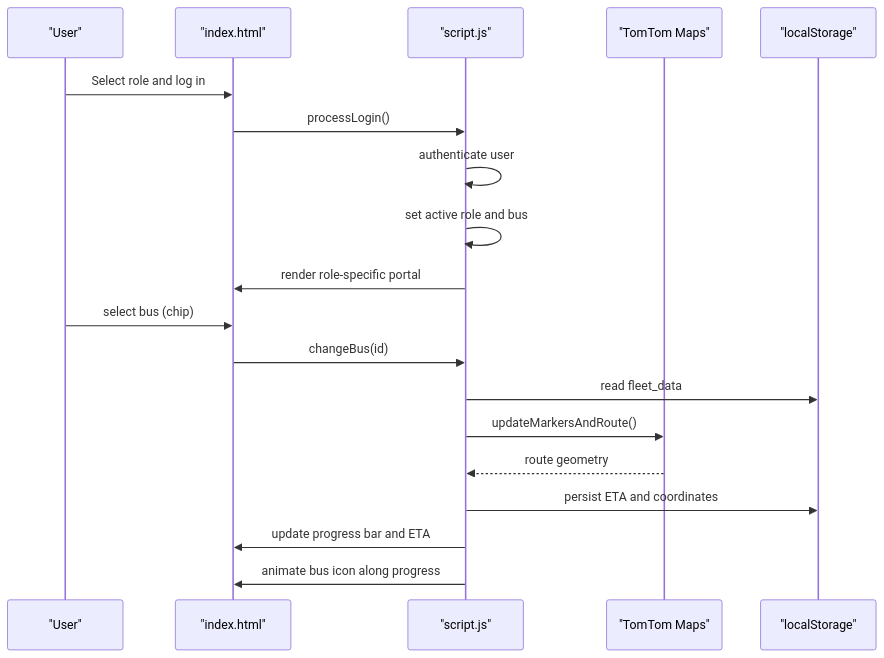
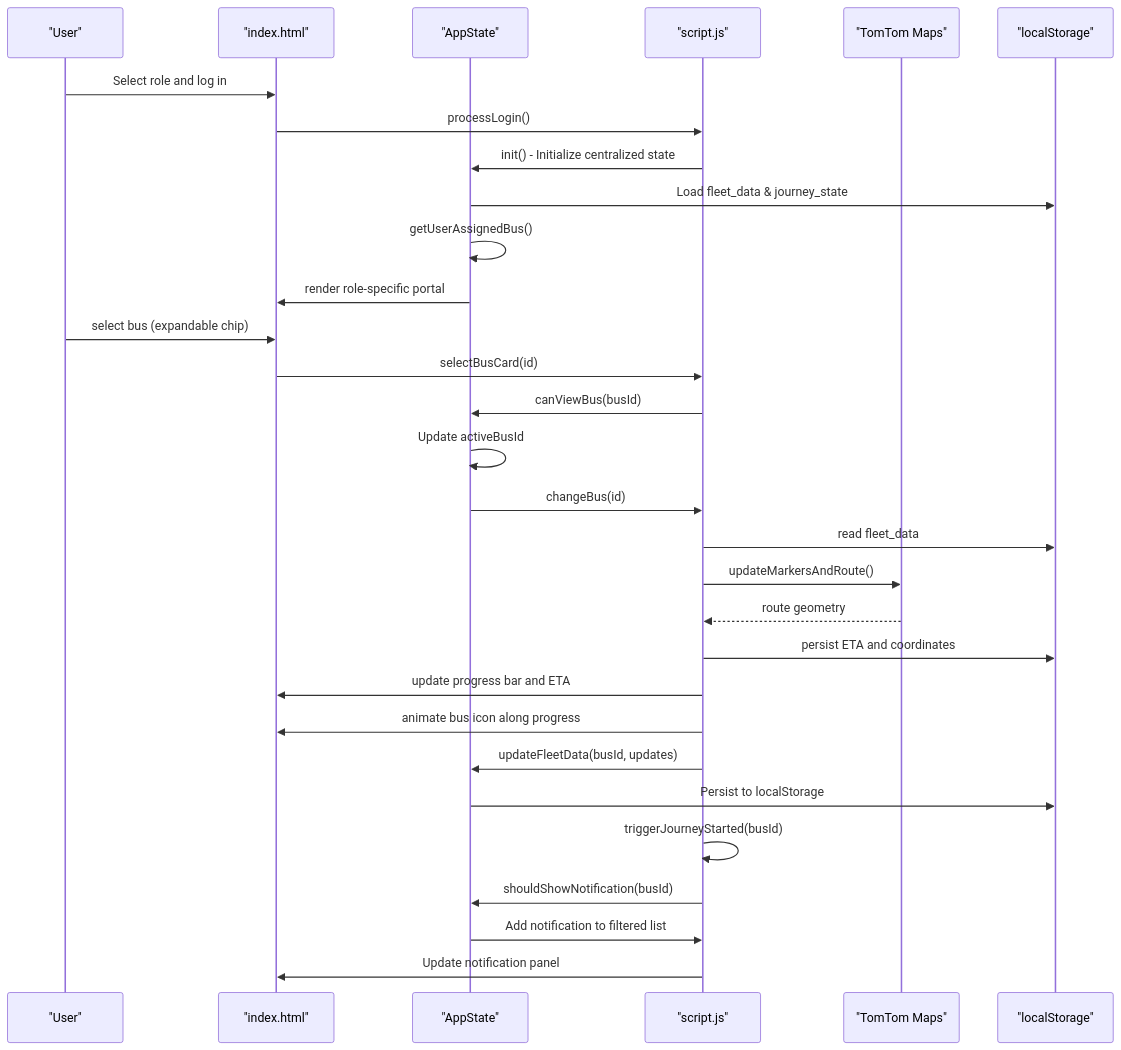
The second of 5 diagrams in .qoder/repowiki/en/content/Fleet Management Features.md (Rehanpatel3858/BusTrack-Pro), drawn with Mermaid before and after one commit. The commit also changed other lines of this file and 7 other files, not shown here.

````diff
--- a/.qoder/repowiki/en/content/Fleet Management Features.md
+++ b/.qoder/repowiki/en/content/Fleet Management Features.md
@@ -85,21 +103,32 @@
 ```mermaid
 sequenceDiagram
 participant U as "User"
 participant IDX as "index.html"
+participant AS as "AppState"
 participant JS as "script.js"
 participant MAP as "TomTom Maps"
 participant LS as "localStorage"
 U->>IDX : Select role and log in
 IDX->>JS : processLogin()
-JS->>JS : authenticate user
-JS->>JS : set active role and bus
-JS->>IDX : render role-specific portal
-U->>IDX : select bus (chip)
-IDX->>JS : changeBus(id)
+JS->>AS : init() - Initialize centralized state
+AS->>LS : Load fleet_data & journey_state
+AS->>AS : getUserAssignedBus()
+AS->>IDX : render role-specific portal
+U->>IDX : select bus (expandable chip)
+IDX->>JS : selectBusCard(id)
+JS->>AS : canViewBus(busId)
+AS->>AS : Update activeBusId
+AS->>JS : changeBus(id)
 JS->>LS : read fleet_data
 JS->>MAP : updateMarkersAndRoute()
 MAP-->>JS : route geometry
 JS->>LS : persist ETA and coordinates
 JS->>IDX : update progress bar and ETA
 JS->>IDX : animate bus icon along progress
+JS->>AS : updateFleetData(busId, updates)
+AS->>LS : Persist to localStorage
+JS->>JS : triggerJourneyStarted(busId)
+JS->>AS : shouldShowNotification(busId)
+AS->>JS : Add notification to filtered list
+JS->>IDX : Update notification panel
 ```
````
